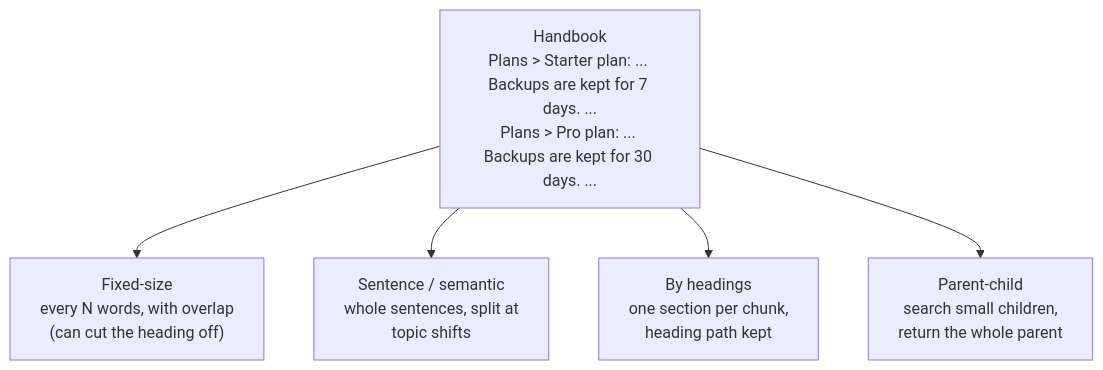
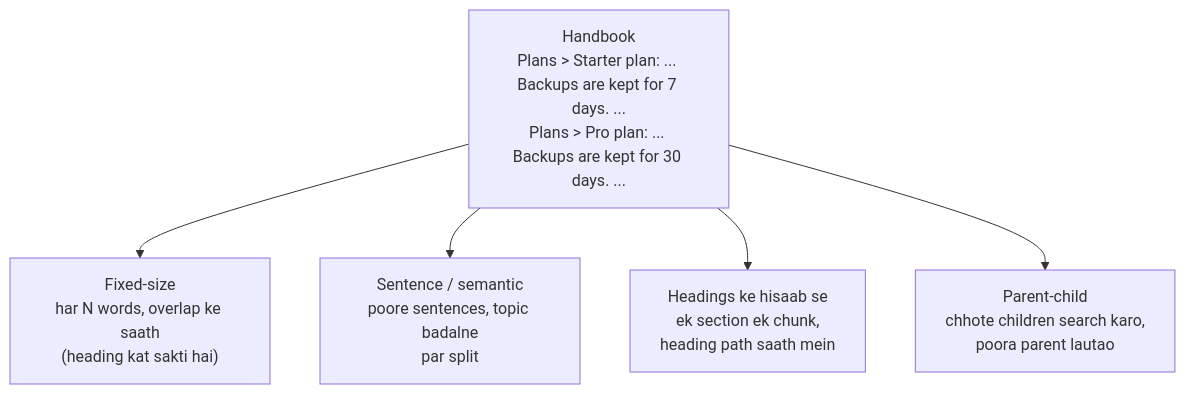
Before and after one commit to asmustechno/agentic-ai-notes: the diagram in docs/06-rag-for-agents/06.3-chunking-strategies.md, drawn with Mermaid. The commit also changed other lines of this file and 135 other files, not shown here.

````diff
--- a/docs/06-rag-for-agents/06.3-chunking-strategies.md
+++ b/docs/06-rag-for-agents/06.3-chunking-strategies.md
@@ -41,8 +45,8 @@
 ```mermaid
 flowchart TB
     D["Handbook<br/>Plans > Starter plan: ... Backups are kept for 7 days. ...<br/>Plans > Pro plan: ... Backups are kept for 30 days. ..."]
-    D --> F["Fixed-size<br/>every N words, with overlap<br/>(can cut the heading off)"]
-    D --> S["Sentence / semantic<br/>whole sentences, split at<br/>topic shifts"]
-    D --> H["By headings<br/>one section per chunk,<br/>heading path kept"]
-    D --> P["Parent-child<br/>search small children,<br/>return the whole parent"]
+    D --> F["Fixed-size<br/>har N words, overlap ke saath<br/>(heading kat sakti hai)"]
+    D --> S["Sentence / semantic<br/>poore sentences, topic badalne<br/>par split"]
+    D --> H["Headings ke hisaab se<br/>ek section ek chunk,<br/>heading path saath mein"]
+    D --> P["Parent-child<br/>chhote children search karo,<br/>poora parent lautao"]
 ```
````
